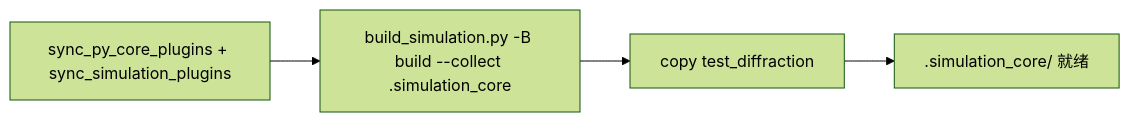
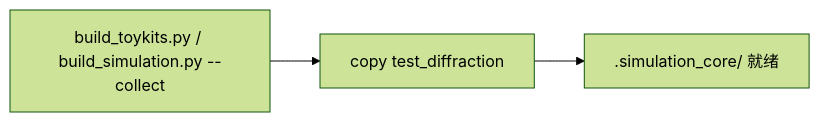
Before and after one commit to likooooo/simulation_toykits: the fourth of 4 diagrams in scripts/simulation_toykits_deploy.md, drawn with Mermaid (forest theme). The commit also changed other lines of this file and 67 other files, not shown here.

````diff
--- a/scripts/simulation_toykits_deploy.md
+++ b/scripts/simulation_toykits_deploy.md
@@ -166,8 +167,7 @@
 ```mermaid
 flowchart LR
-  sync["sync_py_core_plugins + sync_simulation_plugins"]
-  build["build_simulation.py -B build --collect .simulation_core"]
+  build["build_toykits.py / build_simulation.py --collect"]
   diff["copy test_diffraction"]
   runtime[".simulation_core/ 就绪"]
-  sync --> build --> diff --> runtime
+  build --> diff --> runtime
 ```
````
